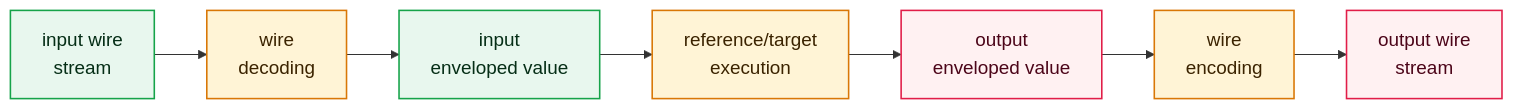
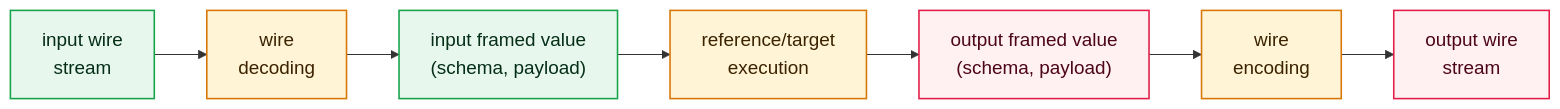
One commit to fraczak/k changed the fourth of 4 diagrams in DOCS/DICTIONARY.md. Above: the diagram before and after it, drawn with Mermaid. The commit also changed other lines of this file and 8 other files, not shown here.

Commit message:
Update documentation narrative to Schemas, Contracts, Filters, and Framed Payloads

````diff
--- a/DOCS/DICTIONARY.md
+++ b/DOCS/DICTIONARY.md
@@ -605,19 +598,19 @@
 ```mermaid
 %%{init: {"flowchart": {"htmlLabels": true, "nodeSpacing": 42, "rankSpacing": 50}, "themeVariables": {"fontSize": "18px"}} }%%
 flowchart LR
   classDef transform fill:#fff4d6,stroke:#d97706,stroke-width:1.5px,color:#3b2300;
   classDef value fill:#e8f7ee,stroke:#16a34a,stroke-width:1.5px,color:#052e16;
   classDef result fill:#fff1f2,stroke:#e11d48,stroke-width:1.5px,color:#4c0519;
 
   InputWire["input wire<br/>stream"]:::value
   Decode["wire<br/>decoding"]:::transform
-  InputValue["input<br/>enveloped value"]:::value
+  InputValue["input framed value<br/>(schema, payload)"]:::value
   Execute["reference/target<br/>execution"]:::transform
-  OutputValue["output<br/>enveloped value"]:::result
+  OutputValue["output framed value<br/>(schema, payload)"]:::result
   Encode["wire<br/>encoding"]:::transform
   OutputWire["output wire<br/>stream"]:::result
 
   InputWire --> Decode --> InputValue
   InputValue --> Execute --> OutputValue
   OutputValue --> Encode --> OutputWire
 ```
````
